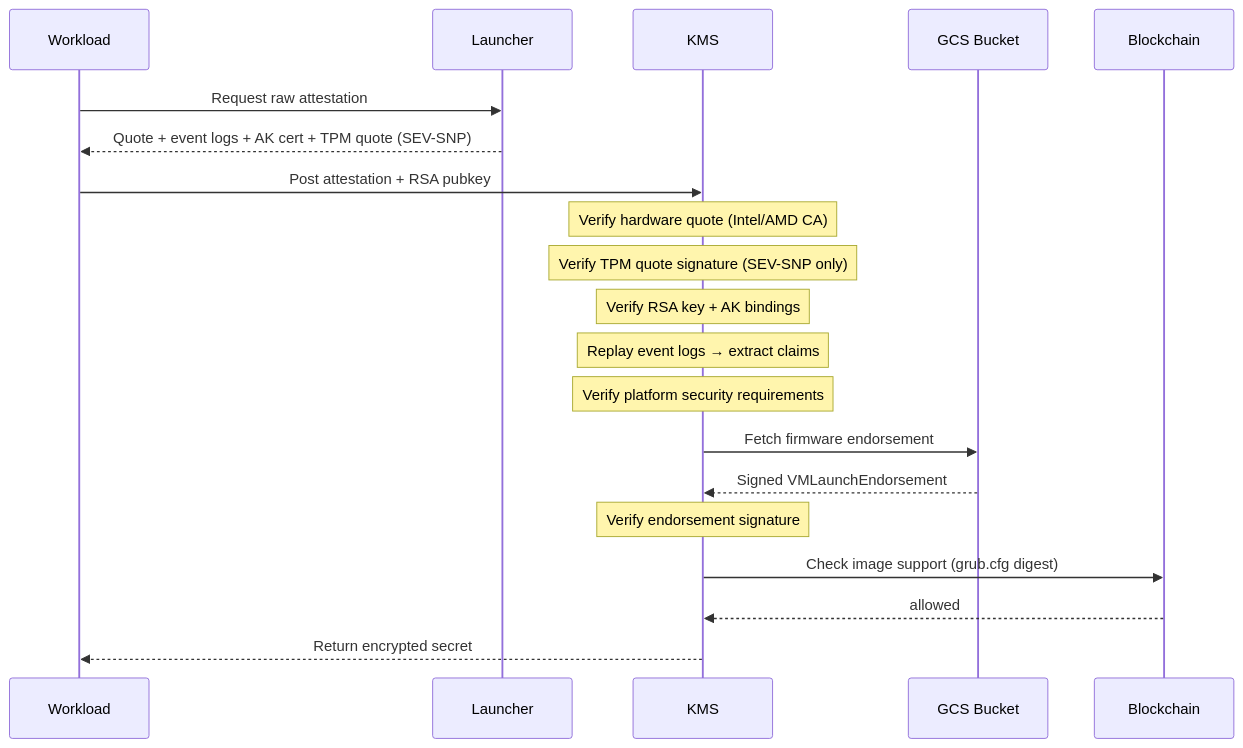
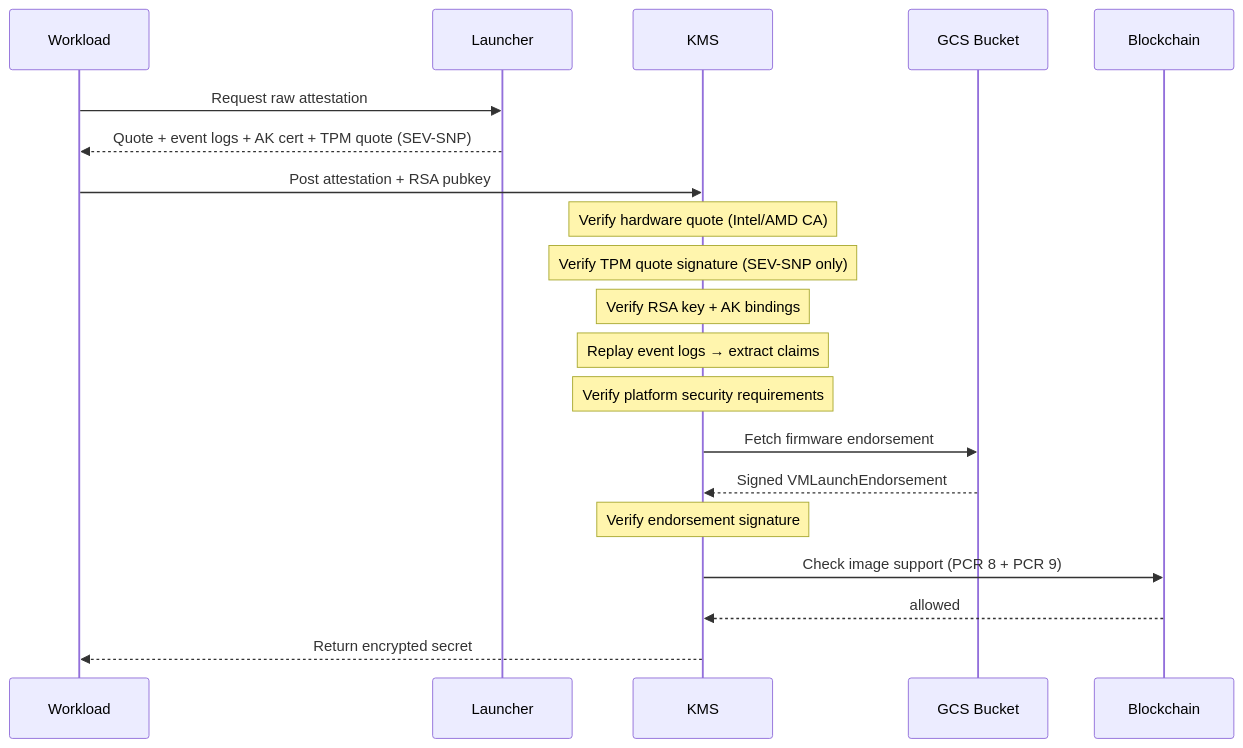
The diagram in research/README.md (Layr-Labs/go-tpm-tools), drawn with Mermaid before and after one commit. The commit also changed other lines of this file and 1 other file, not shown here.

Commit message:
docs: update README and verification spec to reflect PCR-based base image validation

````diff
--- a/research/README.md
+++ b/research/README.md
@@ -145,27 +145,27 @@
 ```mermaid
 sequenceDiagram
     participant W as Workload
     participant L as Launcher
     participant K as KMS
     participant G as GCS Bucket
     participant B as Blockchain
 
     W->>L: Request raw attestation
     L-->>W: Quote + event logs + AK cert + TPM quote (SEV-SNP)
     W->>K: Post attestation + RSA pubkey
 
     Note over K: Verify hardware quote (Intel/AMD CA)
     Note over K: Verify TPM quote signature (SEV-SNP only)
     Note over K: Verify RSA key + AK bindings
     Note over K: Replay event logs → extract claims
     Note over K: Verify platform security requirements
 
     K->>G: Fetch firmware endorsement
     G-->>K: Signed VMLaunchEndorsement
     Note over K: Verify endorsement signature
 
-    K->>B: Check image support (grub.cfg digest)
+    K->>B: Check image support (PCR 8 + PCR 9)
     B-->>K: allowed
 
     K-->>W: Return encrypted secret
 ```
````
